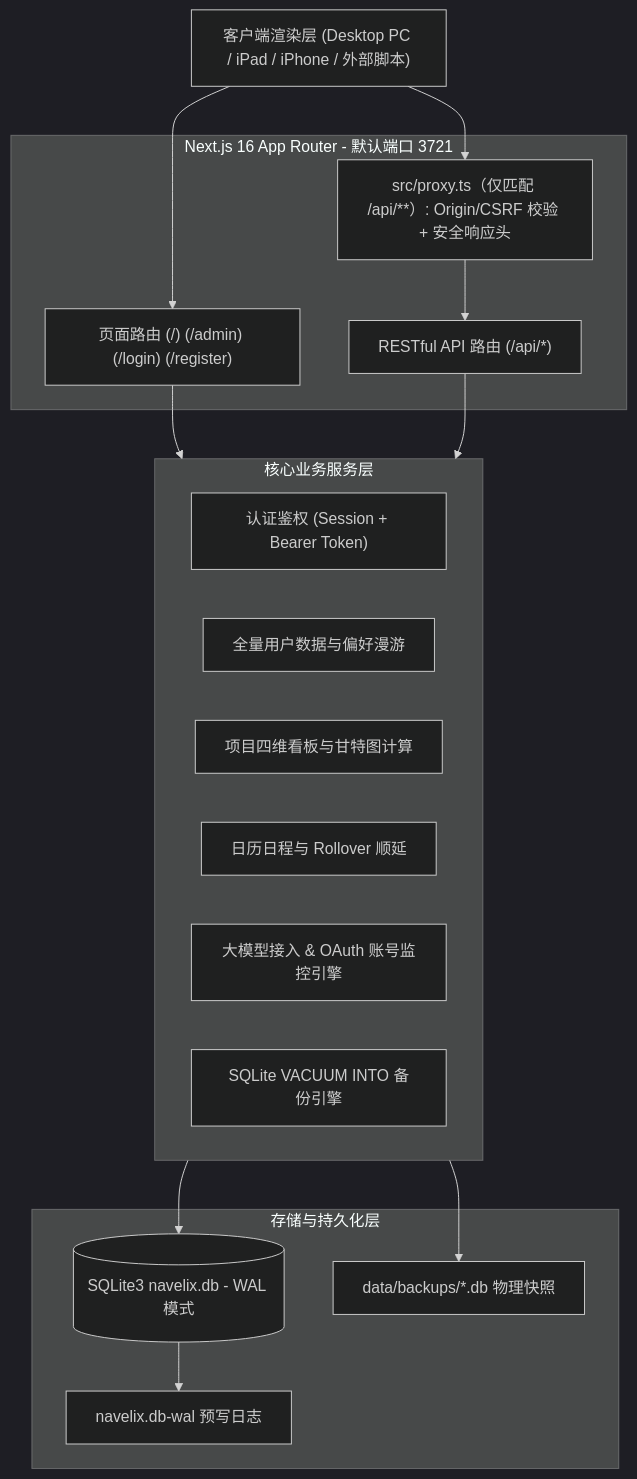
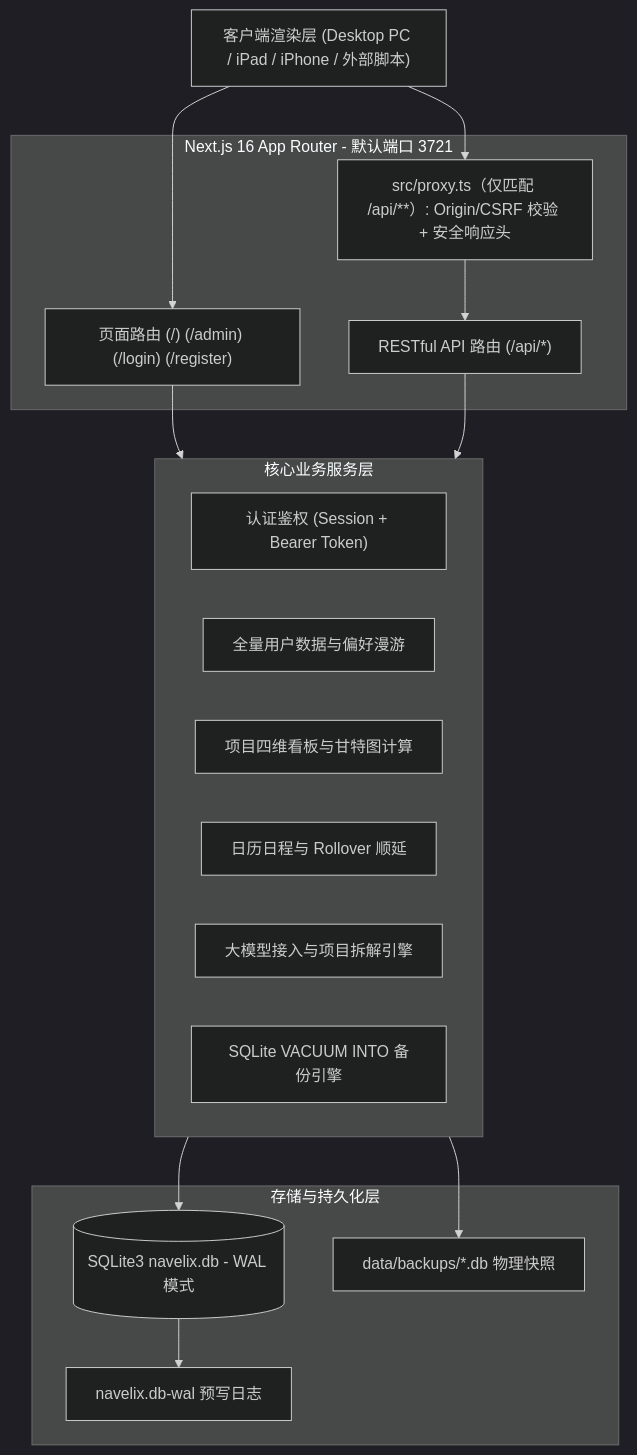
The diagram in wiki/Architecture-系统架构与技术选型.md (timorpic/Navelix), drawn with Mermaid (dark theme) before and after one commit. The commit also changed 17 other files, not shown here.

````diff
--- a/wiki/Architecture-系统架构与技术选型.md
+++ b/wiki/Architecture-系统架构与技术选型.md
@@ -23,34 +23,34 @@
 ```mermaid
 graph TD
     Client["客户端渲染层 (Desktop PC / iPad / iPhone / 外部脚本)"]
     
     subgraph AppRouter["Next.js 16 App Router - 默认端口 3721"]
         Page["页面路由 (/) (/admin) (/login) (/register)"]
         APIRoute["RESTful API 路由 (/api/*)"]
         Proxy["src/proxy.ts（仅匹配 /api/**）: Origin/CSRF 校验 + 安全响应头"]
     end
 
     subgraph CoreService["核心业务服务层"]
         AuthModule["认证鉴权 (Session + Bearer Token)"]
         UserDataModule["全量用户数据与偏好漫游"]
         ProjectModule["项目四维看板与甘特图计算"]
         TodoModule["日历日程与 Rollover 顺延"]
-        AIModule["大模型接入 & OAuth 账号监控引擎"]
+        AIModule["大模型接入与项目拆解引擎"]
         BackupModule["SQLite VACUUM INTO 备份引擎"]
     end
 
     subgraph Storage["存储与持久化层"]
         SQLite[("SQLite3 navelix.db - WAL 模式")]
         WALLog["navelix.db-wal 预写日志"]
         BackupFiles["data/backups/*.db 物理快照"]
     end
 
     Client --> Page
     Client --> Proxy
     Proxy --> APIRoute
     Page --> CoreService
     APIRoute --> CoreService
     CoreService --> SQLite
     SQLite --> WALLog
     CoreService --> BackupFiles
 ```
````
